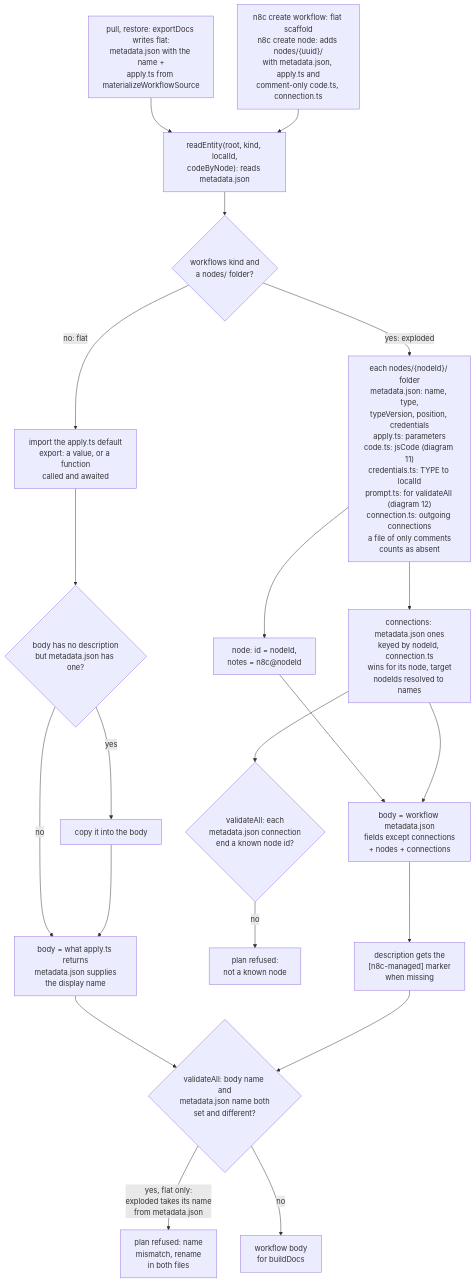
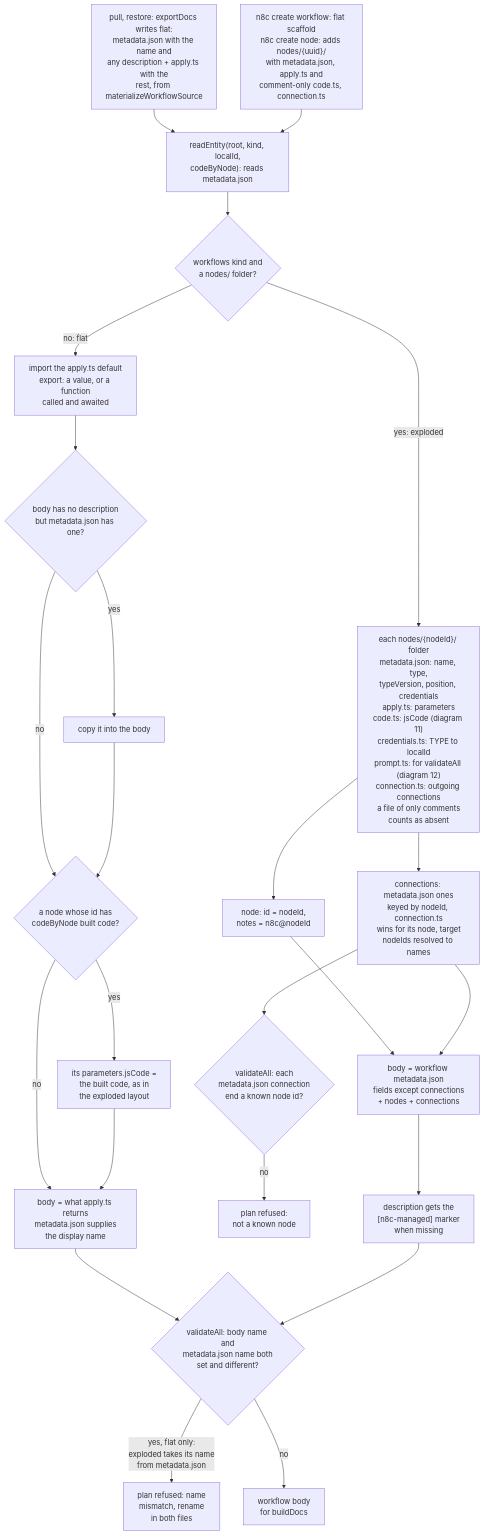
Before and after one commit to nullseal/n8c: the seventh of 15 diagrams in docs/ARCHITECTURE.md, drawn with Mermaid. The commit also changed other lines of this file and 17 other files, not shown here.

````diff
--- a/docs/ARCHITECTURE.md
+++ b/docs/ARCHITECTURE.md
@@ -475,25 +479,28 @@
 ```mermaid
 flowchart TD
-    W1["pull, restore: exportDocs writes flat:<br/>metadata.json with the name +<br/>apply.ts from materializeWorkflowSource"]
+    W1["pull, restore: exportDocs writes flat:<br/>metadata.json with the name and<br/>any description + apply.ts with the<br/>rest, from materializeWorkflowSource"]
     W2["n8c create workflow: flat scaffold<br/>n8c create node: adds nodes/{uuid}/<br/>with metadata.json, apply.ts and<br/>comment-only code.ts, connection.ts"]
     W1 --> RE
     W2 --> RE
     RE["readEntity(root, kind, localId,<br/>codeByNode): reads metadata.json"] --> Q{"workflows kind and<br/>a nodes/ folder?"}
     Q -->|"no: flat"| FA["import the apply.ts default<br/>export: a value, or a function<br/>called and awaited"]
     FA --> FDESC{"body has no description<br/>but metadata.json has one?"}
     FDESC -->|"yes"| FCOPY["copy it into the body"]
-    FDESC -->|"no"| FBODY["body = what apply.ts returns<br/>metadata.json supplies<br/>the display name"]
-    FCOPY --> FBODY
+    FDESC -->|"no"| FUNIT
+    FCOPY --> FUNIT{"a node whose id has<br/>codeByNode built code?"}
+    FUNIT -->|"yes"| FCODE["its parameters.jsCode =<br/>the built code, as in<br/>the exploded layout"]
+    FUNIT -->|"no"| FBODY["body = what apply.ts returns<br/>metadata.json supplies<br/>the display name"]
+    FCODE --> FBODY
     Q -->|"yes: exploded"| EACH["each nodes/{nodeId}/ folder<br/>metadata.json: name, type,<br/>typeVersion, position, credentials<br/>apply.ts: parameters<br/>code.ts: jsCode (diagram 11)<br/>credentials.ts: TYPE to localId<br/>prompt.ts: for validateAll (diagram 12)<br/>connection.ts: outgoing connections<br/>a file of only comments<br/>counts as absent"]
     EACH --> NODEOBJ["node: id = nodeId,<br/>notes = n8c@nodeId"]
     EACH --> CONN["connections: metadata.json ones<br/>keyed by nodeId, connection.ts<br/>wins for its node, target<br/>nodeIds resolved to names"]
     CONN --> CCHK{"validateAll: each<br/>metadata.json connection<br/>end a known node id?"}
     CCHK -->|"no"| REFUSE2["plan refused:<br/>not a known node"]
     NODEOBJ --> EBODY["body = workflow metadata.json<br/>fields except connections<br/>+ nodes + connections"]
     CONN --> EBODY
     EBODY --> MARK["description gets the<br/>[n8c-managed] marker<br/>when missing"]
     FBODY --> NAMECHK{"validateAll: body name and<br/>metadata.json name both<br/>set and different?"}
     MARK --> NAMECHK
     NAMECHK -->|"yes, flat only:<br/>exploded takes its name<br/>from metadata.json"| REFUSE["plan refused: name<br/>mismatch, rename<br/>in both files"]
     NAMECHK -->|"no"| OUT["workflow body<br/>for buildDocs"]
 ```
````
